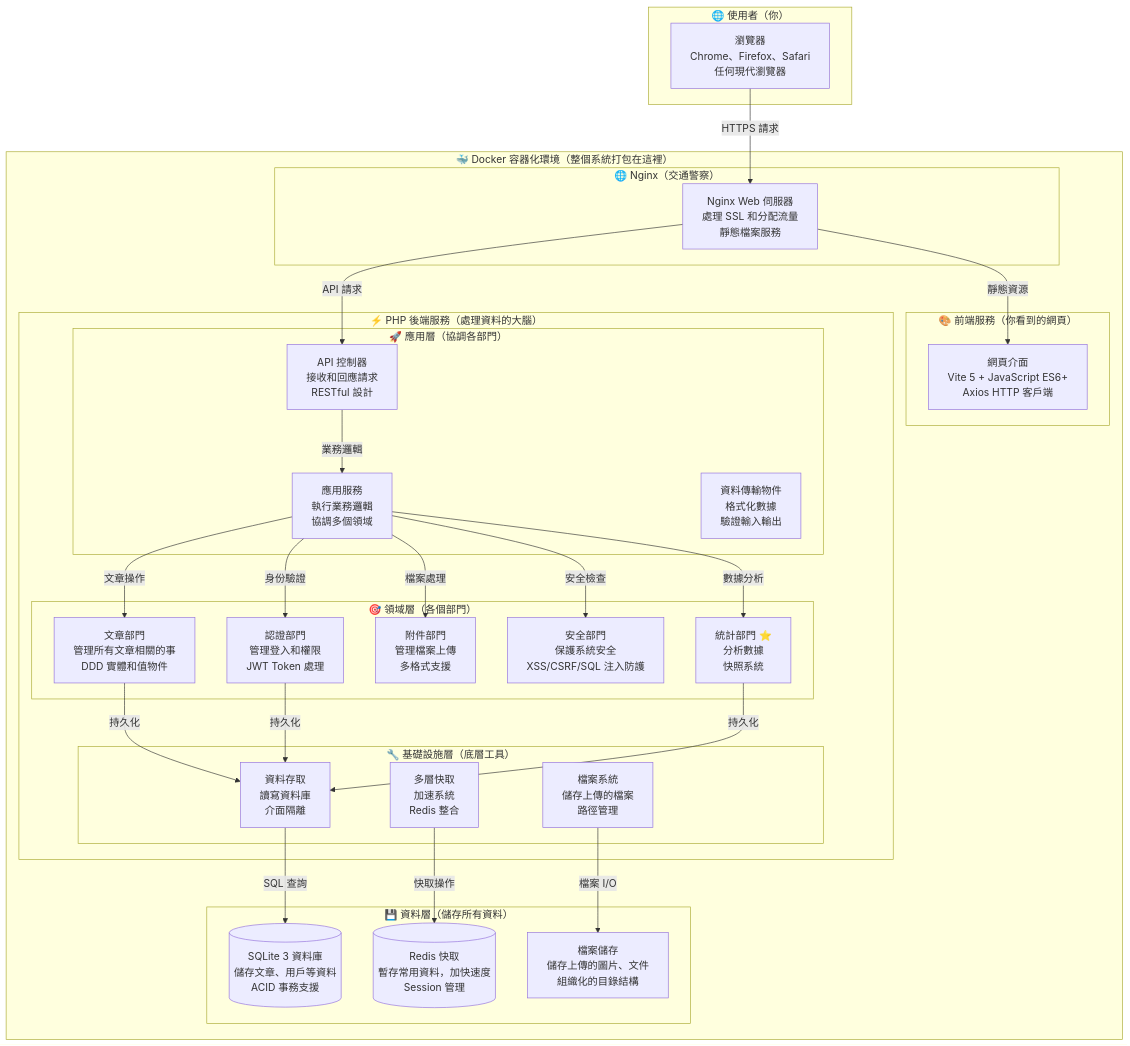
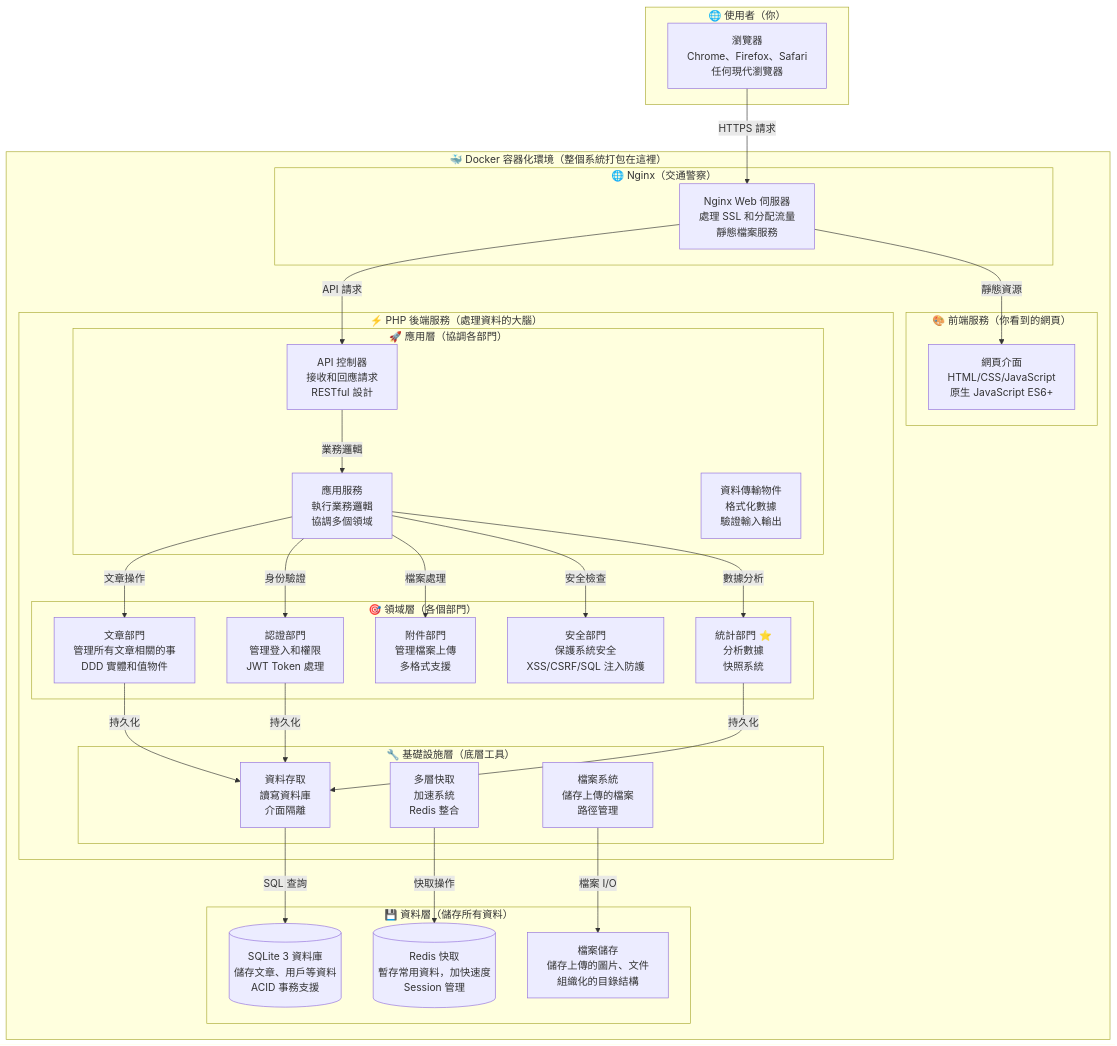
Before and after one commit to cookeyholder/AlleyNote: the first of 2 diagrams in README.md, drawn with Mermaid. The commit also changed other lines of this file and 470 other files, not shown here.

First line of the commit message:
docs: 更新文件以反映前端架構從 Vite 改為純 HTML/JS/CSS

````diff
--- a/README.md
+++ b/README.md
@@ -305,60 +305,60 @@
 ```mermaid
 graph TB
     subgraph "🌐 使用者（你）"
         Browser[瀏覽器<br/>Chrome、Firefox、Safari<br/>任何現代瀏覽器]
     end
 
     subgraph "🐳 Docker 容器化環境（整個系統打包在這裡）"
         subgraph "🎨 前端服務（你看到的網頁）"
-            Frontend[網頁介面<br/>Vite 5 + JavaScript ES6+<br/>Axios HTTP 客戶端]
+            Frontend[網頁介面<br/>HTML/CSS/JavaScript<br/>原生 JavaScript ES6+]
         end
 
         subgraph "🌐 Nginx（交通警察）"
             Nginx[Nginx Web 伺服器<br/>處理 SSL 和分配流量<br/>靜態檔案服務]
         end
 
         subgraph "⚡ PHP 後端服務（處理資料的大腦）"
             subgraph "🎯 領域層（各個部門）"
                 Post[文章部門<br/>管理所有文章相關的事<br/>DDD 實體和值物件]
                 Auth[認證部門<br/>管理登入和權限<br/>JWT Token 處理]
                 Attachment[附件部門<br/>管理檔案上傳<br/>多格式支援]
                 Security[安全部門<br/>保護系統安全<br/>XSS/CSRF/SQL 注入防護]
                 Statistics[統計部門 ⭐<br/>分析數據<br/>快照系統]
             end
 
             subgraph "🚀 應用層（協調各部門）"
                 Controllers[API 控制器<br/>接收和回應請求<br/>RESTful 設計]
                 Services[應用服務<br/>執行業務邏輯<br/>協調多個領域]
                 DTOs[資料傳輸物件<br/>格式化數據<br/>驗證輸入輸出]
             end
 
             subgraph "🔧 基礎設施層（底層工具）"
                 Repositories[資料存取<br/>讀寫資料庫<br/>介面隔離]
                 Cache[多層快取<br/>加速系統<br/>Redis 整合]
                 FileSystem[檔案系統<br/>儲存上傳的檔案<br/>路徑管理]
             end
         end
 
         subgraph "💾 資料層（儲存所有資料）"
             SQLite[(SQLite 3 資料庫<br/>儲存文章、用戶等資料<br/>ACID 事務支援)]
             Redis[(Redis 快取<br/>暫存常用資料，加快速度<br/>Session 管理)]
             Storage[檔案儲存<br/>儲存上傳的圖片、文件<br/>組織化的目錄結構]
         end
     end
 
     Browser -->|HTTPS 請求| Nginx
     Nginx -->|靜態資源| Frontend
     Nginx -->|API 請求| Controllers
     Controllers -->|業務邏輯| Services
     Services -->|文章操作| Post
     Services -->|身份驗證| Auth
     Services -->|檔案處理| Attachment
     Services -->|安全檢查| Security
     Services -->|數據分析| Statistics
     Post -->|持久化| Repositories
     Auth -->|持久化| Repositories
     Statistics -->|持久化| Repositories
     Repositories -->|SQL 查詢| SQLite
     Cache -->|快取操作| Redis
     FileSystem -->|檔案 I/O| Storage
 ```
````
